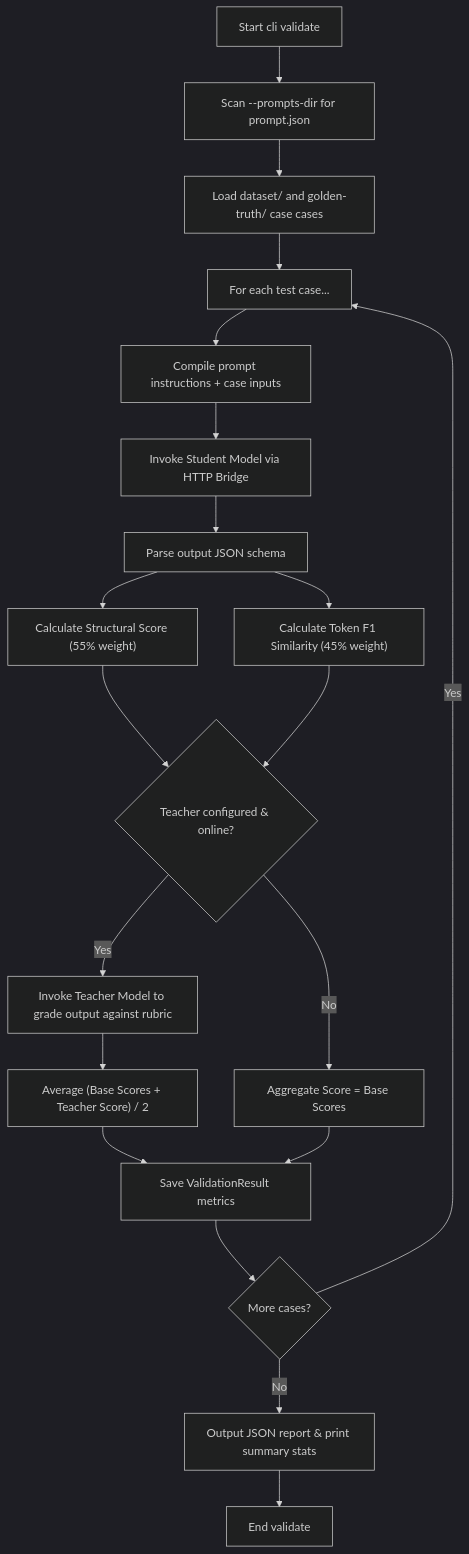
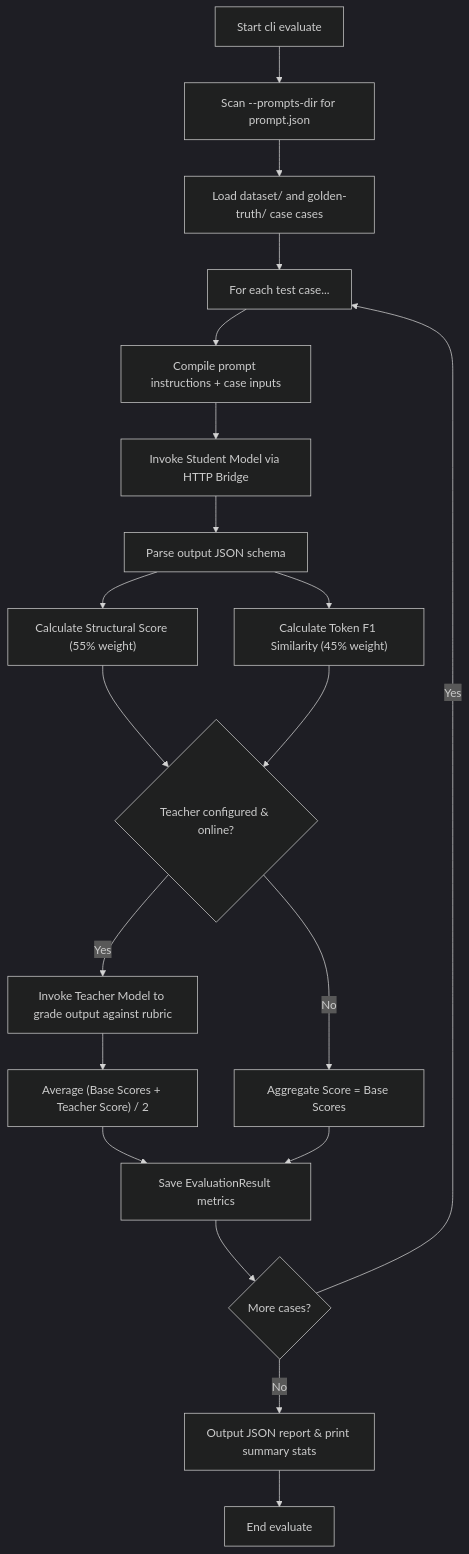
One commit to pkcpkc/prompt-better changed the first of 2 diagrams in README.md. Above: the diagram before and after it, drawn with Mermaid (dark theme). The commit also changed other lines of this file and 23 other files, not shown here.

Commit message:
refactor: rename validation terminology to evaluation throughout the DSPy manager and associated schemas

````diff
--- a/README.md
+++ b/README.md
@@ -185,24 +185,24 @@
 ```mermaid
 flowchart TD
-    Start["Start cli validate"] --> Scan["Scan --prompts-dir for prompt.json"]
+    Start["Start cli evaluate"] --> Scan["Scan --prompts-dir for prompt.json"]
     Scan --> LoadDataset["Load dataset/ and golden-truth/ case cases"]
     LoadDataset --> Iterate["For each test case..."]
     Iterate --> BuildPayload["Compile prompt instructions + case inputs"]
     BuildPayload --> RunStudent["Invoke Student Model via HTTP Bridge"]
     RunStudent --> ParseOutput["Parse output JSON schema"]
     ParseOutput --> CalcStruct["Calculate Structural Score (55% weight)"]
     ParseOutput --> CalcSim["Calculate Token F1 Similarity (45% weight)"]
 
     CalcStruct --> CheckTeacher{"Teacher configured & online?"}
     CalcSim --> CheckTeacher
     CheckTeacher -- Yes --> CallTeacher["Invoke Teacher Model to grade output against rubric"]
     CallTeacher --> CalcTeacher["Average (Base Scores + Teacher Score) / 2"]
     CheckTeacher -- No --> UseBase["Aggregate Score = Base Scores"]
-    CalcTeacher --> SaveResult["Save ValidationResult metrics"]
+    CalcTeacher --> SaveResult["Save EvaluationResult metrics"]
     UseBase --> SaveResult
 
     SaveResult --> CheckMore{More cases?}
     CheckMore -- Yes --> Iterate
     CheckMore -- No --> GenerateReport["Output JSON report & print summary stats"]
-    GenerateReport --> End["End validate"]
+    GenerateReport --> End["End evaluate"]
 ```
````
